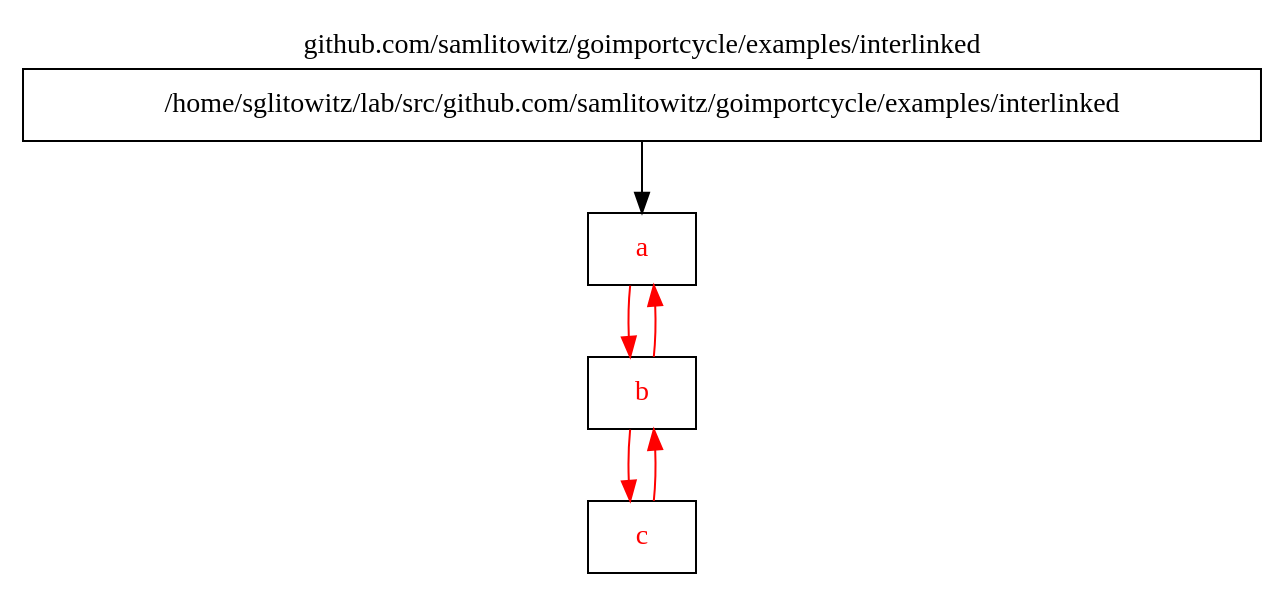
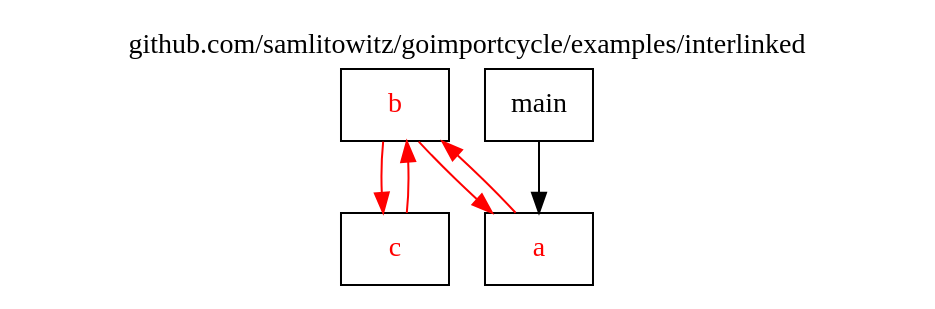
One commit to samlitowitz/goimportcycle changed the diagram in assets/examples/interlinked/package.dot. Above: the diagram before and after it, drawn with Graphviz. The commit also changed 19 other files, not shown here.

```diff
--- a/assets/examples/interlinked/package.dot
+++ b/assets/examples/interlinked/package.dot
@@ -1,17 +1,17 @@
 
 digraph {
 	labelloc="t";
 	label="github.com/samlitowitz/goimportcycle/examples/interlinked";
 	rankdir="TB";
 	node [shape="rect"];
 
-	pkg_main [label="/home/sglitowitz/lab/src/github.com/samlitowitz/goimportcycle/examples/interlinked", style="filled", fontcolor="#000000", fillcolor="#ffffff"];
-	pkg_a [label="a", style="filled", fontcolor="#ff0000", fillcolor="#ffffff"];
 	pkg_b [label="b", style="filled", fontcolor="#ff0000", fillcolor="#ffffff"];
 	pkg_c [label="c", style="filled", fontcolor="#ff0000", fillcolor="#ffffff"];
-	pkg_main -> pkg_a [color="#000000"];
-	pkg_a -> pkg_b [color="#ff0000"];
+	pkg_main [label="main", style="filled", fontcolor="#000000", fillcolor="#ffffff"];
+	pkg_a [label="a", style="filled", fontcolor="#ff0000", fillcolor="#ffffff"];
 	pkg_b -> pkg_a [color="#ff0000"];
 	pkg_b -> pkg_c [color="#ff0000"];
 	pkg_c -> pkg_b [color="#ff0000"];
+	pkg_main -> pkg_a [color="#000000"];
+	pkg_a -> pkg_b [color="#ff0000"];
 }
```
